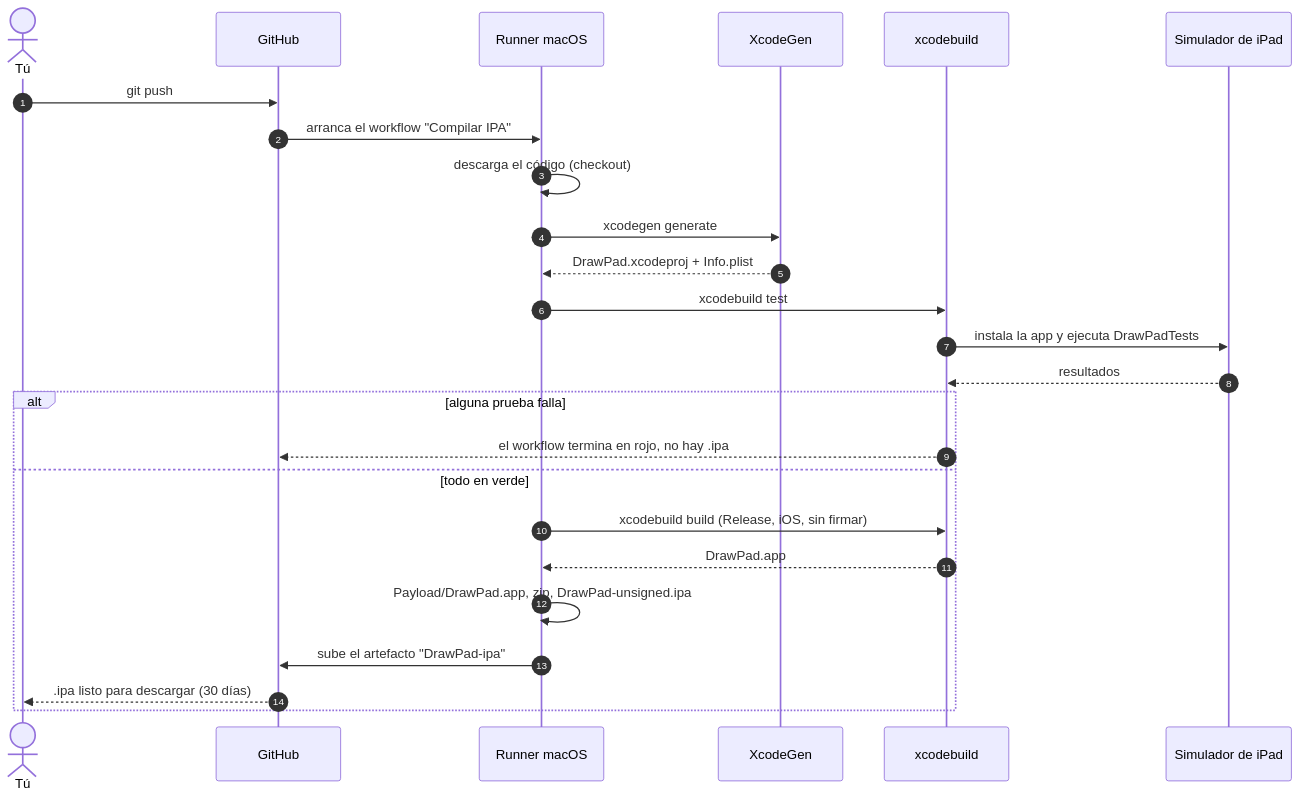
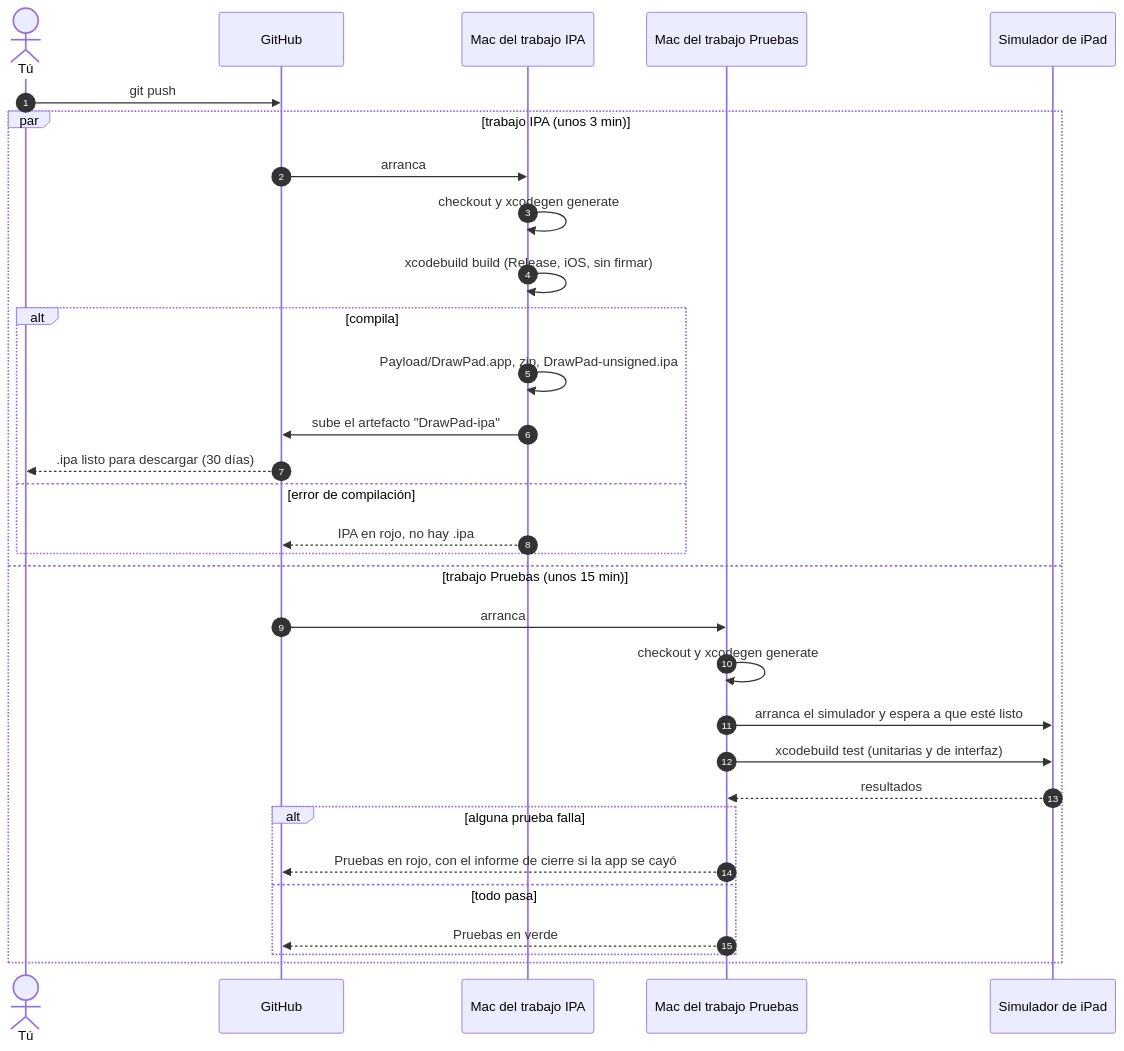
The second of 3 diagrams in docs/compilacion-e-instalacion.md (jhonjairo6230/DrawPad), drawn with Mermaid before and after one commit. The commit also changed other lines of this file and 5 other files, not shown here.

First line of the commit message:
Separar el workflow en IPA y Pruebas en paralelo; añadir ramas fix/

````diff
--- a/docs/compilacion-e-instalacion.md
+++ b/docs/compilacion-e-instalacion.md
@@ -26,28 +35,34 @@
 ```mermaid
 sequenceDiagram
     autonumber
     actor Dev as Tú
     participant GH as GitHub
-    participant Mac as Runner macOS
-    participant XG as XcodeGen
-    participant XB as xcodebuild
+    participant M1 as Mac del trabajo IPA
+    participant M2 as Mac del trabajo Pruebas
     participant Sim as Simulador de iPad
 
     Dev->>GH: git push
-    GH->>Mac: arranca el workflow "Compilar IPA"
-    Mac->>Mac: descarga el código (checkout)
-    Mac->>XG: xcodegen generate
-    XG-->>Mac: DrawPad.xcodeproj + Info.plist
-    Mac->>XB: xcodebuild test
-    XB->>Sim: instala la app y ejecuta DrawPadTests
-    Sim-->>XB: resultados
-    alt alguna prueba falla
-        XB-->>GH: el workflow termina en rojo, no hay .ipa
-    else todo en verde
-        Mac->>XB: xcodebuild build (Release, iOS, sin firmar)
-        XB-->>Mac: DrawPad.app
-        Mac->>Mac: Payload/DrawPad.app, zip, DrawPad-unsigned.ipa
-        Mac->>GH: sube el artefacto "DrawPad-ipa"
-        GH-->>Dev: .ipa listo para descargar (30 días)
+    par trabajo IPA (unos 3 min)
+        GH->>M1: arranca
+        M1->>M1: checkout y xcodegen generate
+        M1->>M1: xcodebuild build (Release, iOS, sin firmar)
+        alt compila
+            M1->>M1: Payload/DrawPad.app, zip, DrawPad-unsigned.ipa
+            M1->>GH: sube el artefacto "DrawPad-ipa"
+            GH-->>Dev: .ipa listo para descargar (30 días)
+        else error de compilación
+            M1-->>GH: IPA en rojo, no hay .ipa
+        end
+    and trabajo Pruebas (unos 15 min)
+        GH->>M2: arranca
+        M2->>M2: checkout y xcodegen generate
+        M2->>Sim: arranca el simulador y espera a que esté listo
+        M2->>Sim: xcodebuild test (unitarias y de interfaz)
+        Sim-->>M2: resultados
+        alt alguna prueba falla
+            M2-->>GH: Pruebas en rojo, con el informe de cierre si la app se cayó
+        else todo pasa
+            M2-->>GH: Pruebas en verde
+        end
     end
 ```
````
